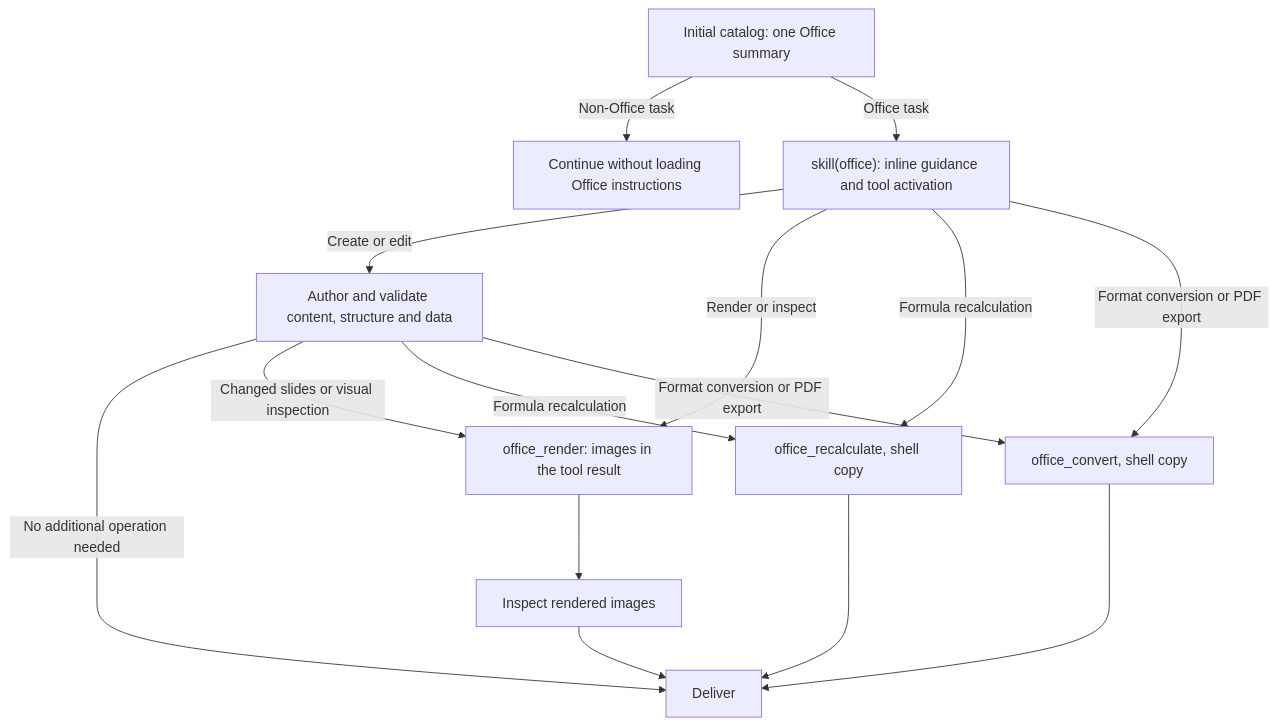
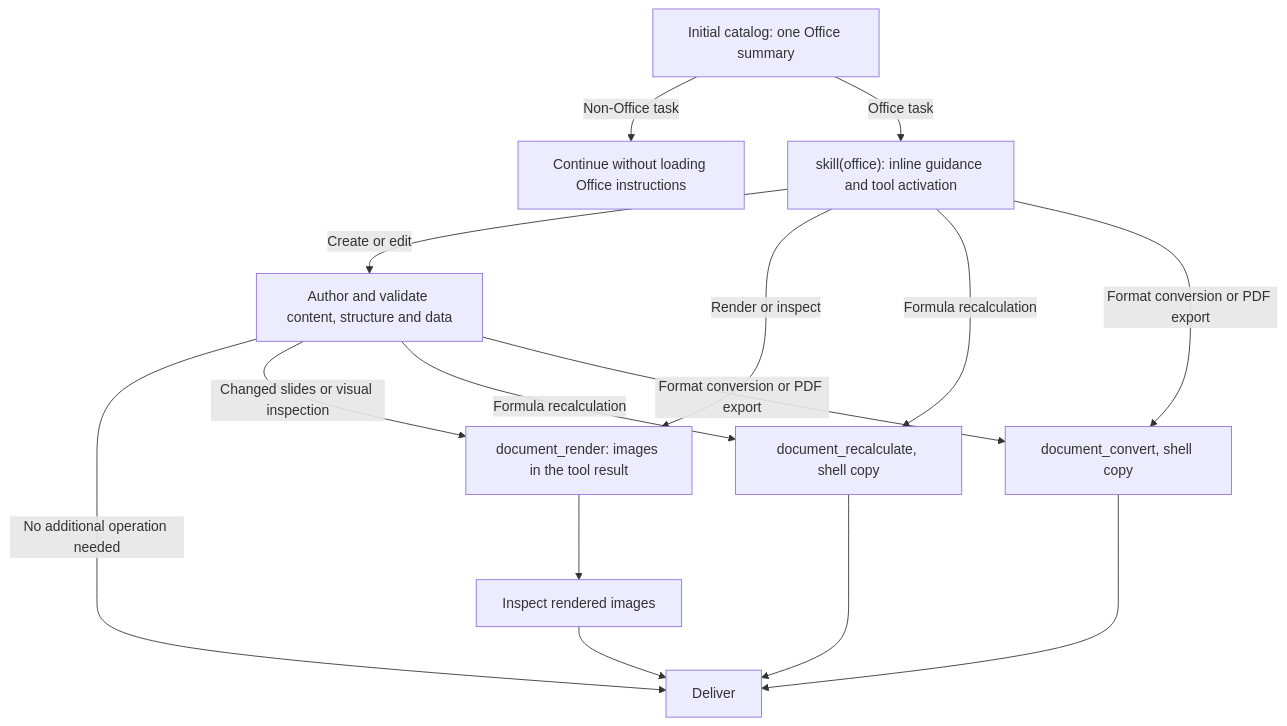
The diagram in packages/skill/skill-office/README.md (zq0929/dsh-alpha), drawn with Mermaid before and after one commit. The commit also changed other lines of this file and 6072 other files, not shown here.

````diff
--- a/packages/skill/skill-office/README.md
+++ b/packages/skill/skill-office/README.md
@@ -50,22 +50,22 @@
 ```mermaid
 flowchart TD
     A["Initial catalog: one Office summary"]
     A -->|Non-Office task| N["Continue without loading Office instructions"]
     A -->|Office task| B["skill(office): inline guidance and tool activation"]
 
     B -->|Create or edit| D["Author and validate content, structure and data"]
     D -->|No additional operation needed| F["Deliver"]
 
-    B -->|Render or inspect| R["office_render: images in the tool result"]
+    B -->|Render or inspect| R["document_render: images in the tool result"]
     D -->|Changed slides or visual inspection| R
     R --> V["Inspect rendered images"]
     V --> F
 
-    B -->|Formula recalculation| X["office_recalculate, shell copy"]
+    B -->|Formula recalculation| X["document_recalculate, shell copy"]
     D -->|Formula recalculation| X
     X --> F
 
-    B -->|Format conversion or PDF export| P["office_convert, shell copy"]
+    B -->|Format conversion or PDF export| P["document_convert, shell copy"]
     D -->|Format conversion or PDF export| P
     P --> F
 ```
````
